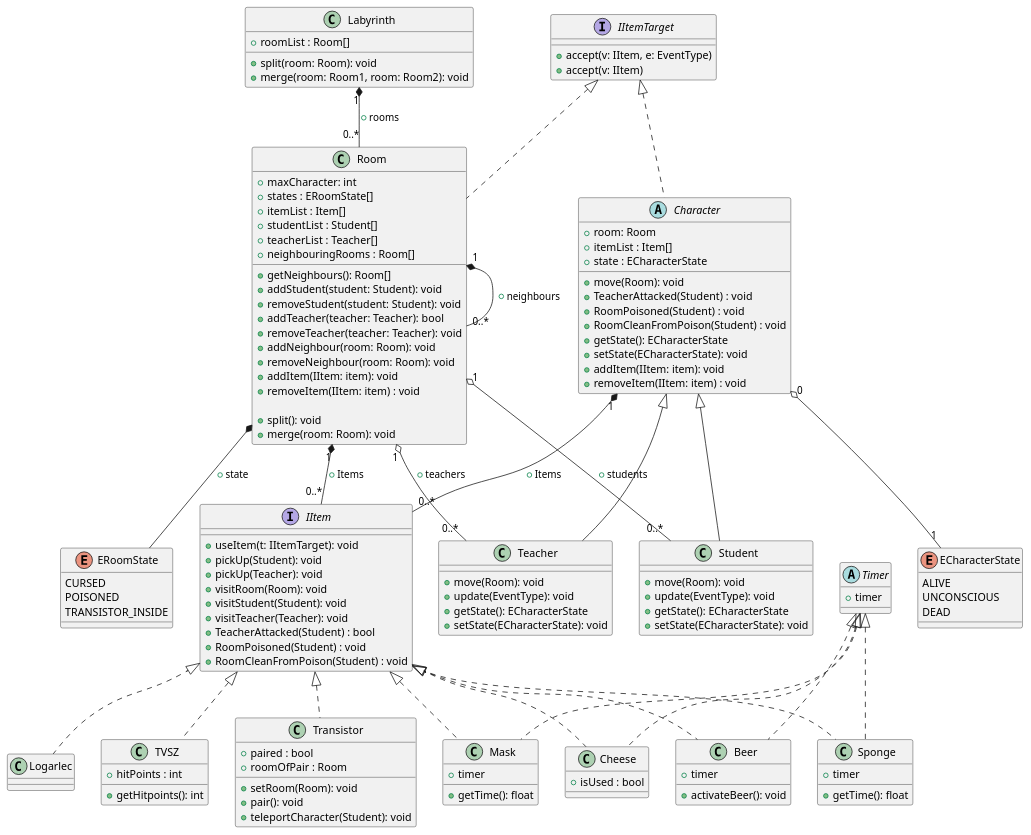
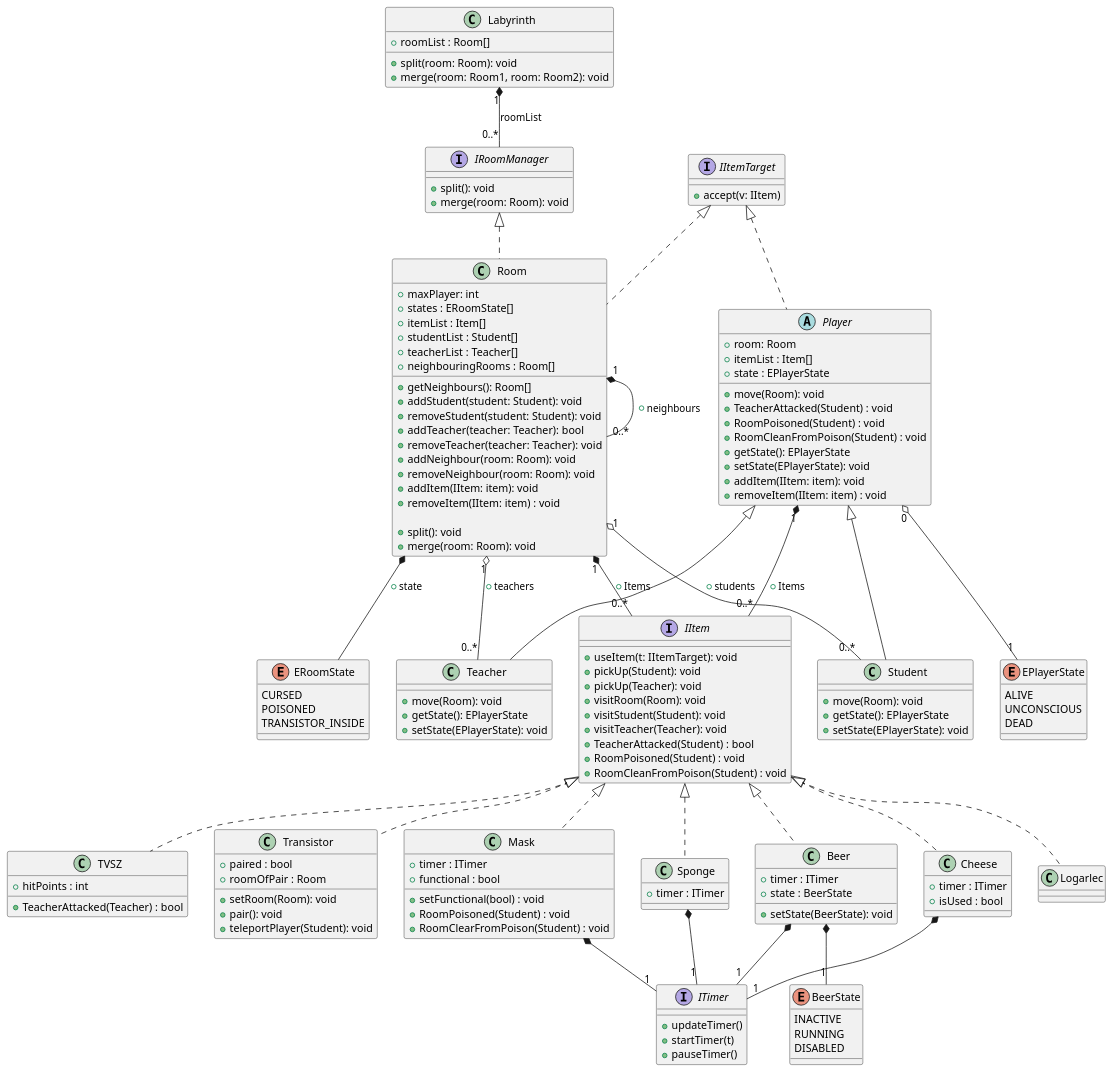
One commit to MBakter/echo changed the diagram in Class_UML.plantuml. Above: the diagram before and after it, drawn with PlantUML. The commit also changed 4 other files, not shown here.

Commit message:
Updated ClassUML and added poisonous charts

```diff
--- a/Class_UML.plantuml
+++ b/Class_UML.plantuml
@@ -1,151 +1,176 @@
 @startuml UML
 
 class Labyrinth {
     +roomList : Room[]
 
     +split(room: Room): void
     +merge(room: Room1, room: Room2): void
 }
 
+Labyrinth "1" *-- "0..*" IRoomManager: roomList
+
+interface IRoomManager {
+    + split(): void
+    + merge(room: Room): void
+}
+
 /' Removed implementing IItemHolder '/
-class Room implements IItemTarget {
-    + maxCharacter: int
+class Room implements IItemTarget, IRoomManager {
+    + maxPlayer: int
     + states : ERoomState[]
     + itemList : Item[]
     + studentList : Student[]
     + teacherList : Teacher[]
     + neighbouringRooms : Room[]
 
     + getNeighbours(): Room[]
     + addStudent(student: Student): void
     + removeStudent(student: Student): void
     + addTeacher(teacher: Teacher): bool
     + removeTeacher(teacher: Teacher): void
     + addNeighbour(room: Room): void
     + removeNeighbour(room: Room): void
     + addItem(IItem: item): void
     + removeItem(IItem: item) : void
 
     + split(): void
     + merge(room: Room): void
 }
 
-enum ECharacterState {
+Room "1" o-- "0..*" Student: + students
+Room "1" o-- "0..*" Teacher: + teachers
+Room "1" *-- "0..*" Room: + neighbours
+Room "1" *-- "0..*" IItem: + Items
+Room *-- ERoomState: + state
+
+
+enum EPlayerState {
     ALIVE
     UNCONSCIOUS
     DEAD
 }
 
 /' Removed implementing IItemHolder '/
-abstract class Character implements IItemTarget{
+abstract class Player implements IItemTarget{
     + room: Room
     + itemList : Item[]
-    + state : ECharacterState
+    + state : EPlayerState
 
     + move(Room): void
     + TeacherAttacked(Student) : void
     + RoomPoisoned(Student) : void
     + RoomCleanFromPoison(Student) : void
-    + getState(): ECharacterState
-    + setState(ECharacterState): void
+    + getState(): EPlayerState
+    + setState(EPlayerState): void
     + addItem(IItem: item): void
     + removeItem(IItem: item) : void
 }
 
-Character "0" o-- "1" ECharacterState
+Player "0" o-- "1" EPlayerState
+Player "1" *-- "0..*" IItem: + Items
 
 interface IItem {
     + useItem(t: IItemTarget): void
     + pickUp(Student): void
     + pickUp(Teacher): void
     + visitRoom(Room): void
     + visitStudent(Student): void
     + visitTeacher(Teacher): void
     + TeacherAttacked(Student) : bool
     + RoomPoisoned(Student) : void
     + RoomCleanFromPoison(Student) : void
 }
 
 interface IItemTarget{
-    + accept(v: IItem, e: EventType)
     + accept(v: IItem)
 }
 
-class Teacher extends Character{
+class Teacher extends Player{
     + move(Room): void
-    + update(EventType): void
-    + getState(): ECharacterState
-    + setState(ECharacterState): void
+    + getState(): EPlayerState
+    + setState(EPlayerState): void
 }
 
-class Student extends Character{
+class Student extends Player{
     + move(Room): void
-    + update(EventType): void
-    + getState(): ECharacterState
-    + setState(ECharacterState): void
+    + getState(): EPlayerState
+    + setState(EPlayerState): void
 }
 
 /' interface IItemHolder {
     + addItemy(Item: Item): void
     + removeItem(Item: Item): void
 } '/
 
 enum ERoomState {
     CURSED
     POISONED
     TRANSISTOR_INSIDE
 }
 
-abstract class Timer {
-    + timer
+interface ITimer {
+    + updateTimer()
+    + startTimer(t)
+    + pauseTimer()
 }
 
 class TVSZ implements IItem {
-    +hitPoints : int
+    + hitPoints : int
 
-    + getHitpoints(): int
-}
-
-class Beer implements IItem, Timer {
-    + timer
-
-    + activateBeer(): void
+    + TeacherAttacked(Teacher) : bool
 }
 
 class Transistor implements IItem  {
     + paired : bool
     + roomOfPair : Room
 
     + setRoom(Room): void
     + pair(): void
-    + teleportCharacter(Student): void
+    + teleportPlayer(Student): void
 }
 
-class Mask implements IItem, Timer  {
-    + timer
-
-    + getTime(): float
+enum BeerState {
+    INACTIVE
+    RUNNING
+    DISABLED
 }
 
-class Sponge  implements IItem, Timer  {
-    + timer
+class Beer implements IItem {
+    + timer : ITimer
+    + state : BeerState
 
-    + getTime(): float
+    + setState(BeerState): void
 }
+Beer *-- "1" ITimer
+Beer *-- "1" BeerState
 
-class Cheese  implements IItem, Timer {
+class Mask implements IItem  {
+    + timer : ITimer
+    + functional : bool
+
+    + setFunctional(bool) : void
+    + RoomPoisoned(Student) : void
+    + RoomClearFromPoison(Student) : void
+
+}
+Mask *-- "1" ITimer
+
+class Sponge  implements IItem {
+    + timer : ITimer
+
+}
+Sponge *-- "1" ITimer
+
+class Cheese  implements IItem {
+    + timer : ITimer
     + isUsed : bool
+
 }
+Cheese *-- "1" ITimer
 
 class Logarlec  implements IItem  {
 }
 
-Room "1" o-- "0..*" Student: + students
-Room "1" o-- "0..*" Teacher: + teachers
-Room "1" *-- "0..*" Room: + neighbours
-Character "1" *-- "0..*" IItem: + Items
-Room "1" *-- "0..*" IItem: + Items
-Room *-- ERoomState: + state
-Labyrinth "1" *-- "0..*" Room: + rooms
+
 
 @enduml
```
